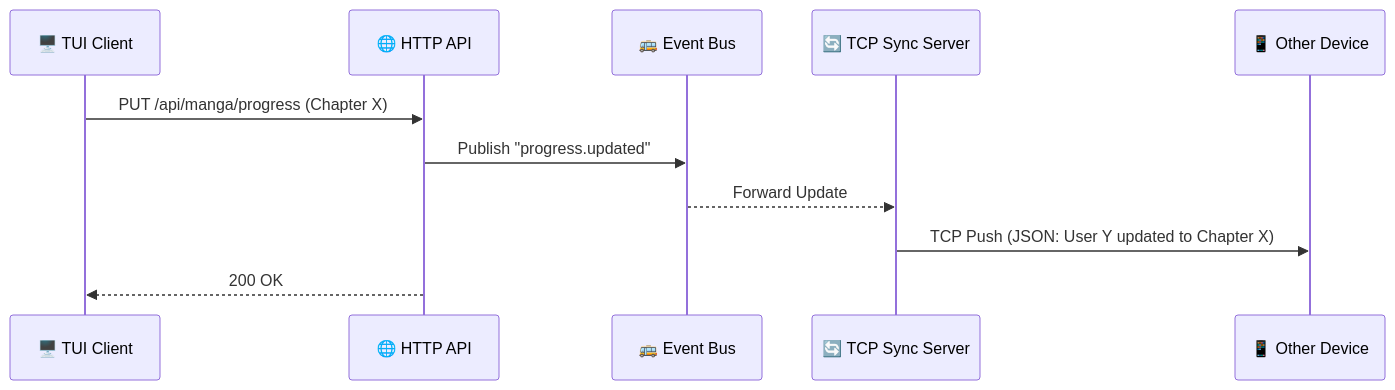
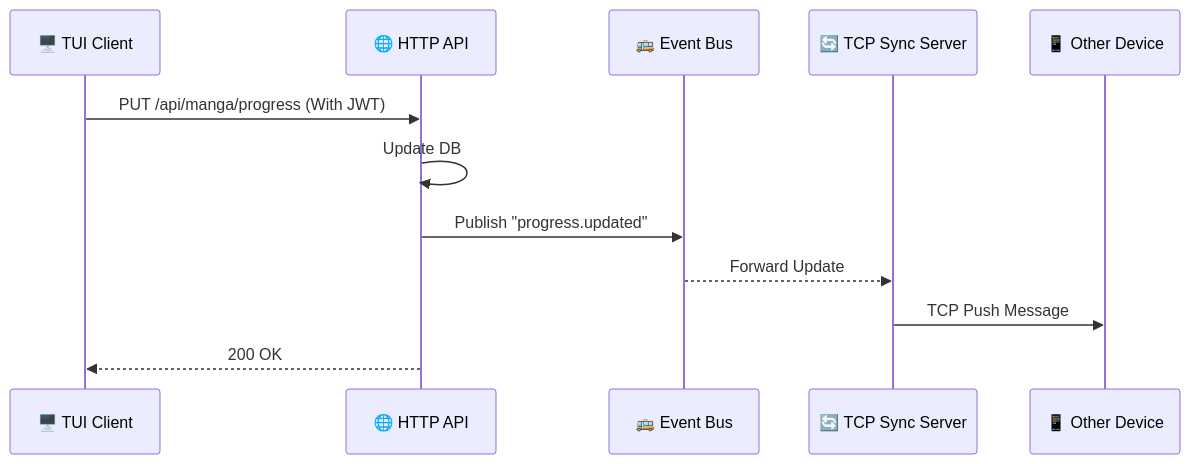
Before and after one commit to panadolextra91/ncp-mangahub: the fourth of 4 diagrams in API_CONTRACT.md, drawn with Mermaid. The commit also changed other lines of this file and 2 other files, not shown here.

Commit message:
update API

````diff
--- a/API_CONTRACT.md
+++ b/API_CONTRACT.md
@@ -60,14 +153,15 @@
 ```mermaid
 sequenceDiagram
     participant TUI as 🖥️ TUI Client
     participant API as 🌐 HTTP API
     participant Bus as 🚌 Event Bus
     participant TCP as 🔄 TCP Sync Server
     participant TUI2 as 📱 Other Device
 
-    TUI->>API: PUT /api/manga/progress (Chapter X)
+    TUI->>API: PUT /api/manga/progress (With JWT)
+    API->>API: Update DB
     API->>Bus: Publish "progress.updated"
     Bus-->>TCP: Forward Update
-    TCP->>TUI2: TCP Push (JSON: User Y updated to Chapter X)
+    TCP->>TUI2: TCP Push Message
     API-->>TUI: 200 OK
 ```
````
